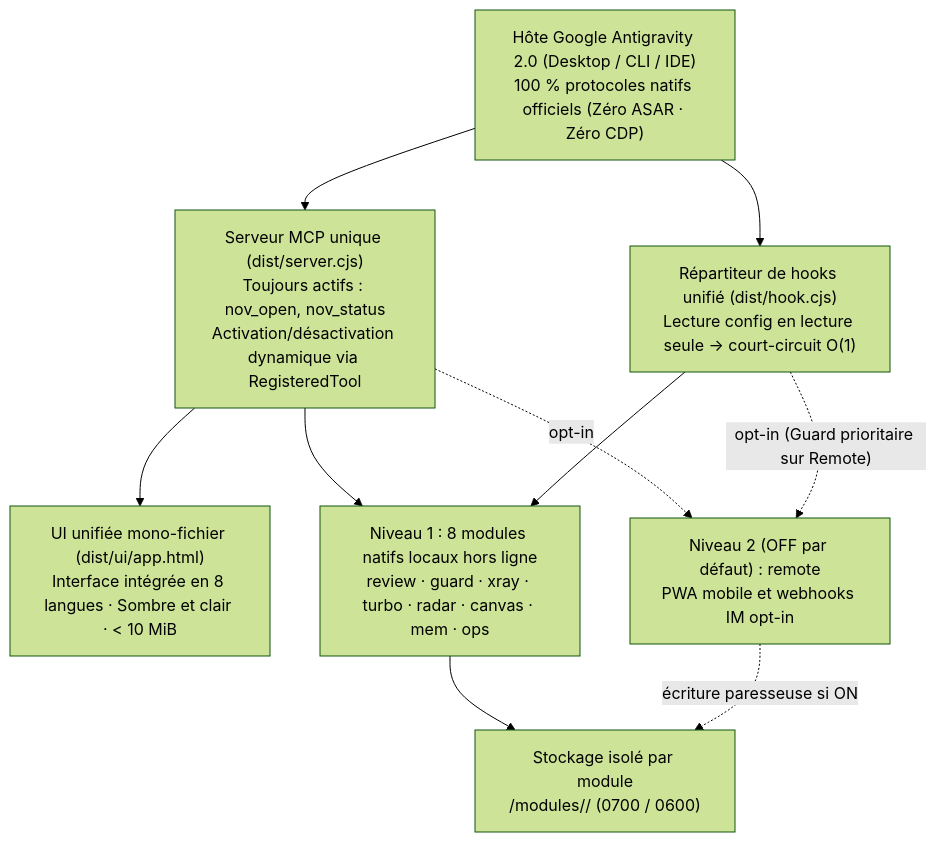
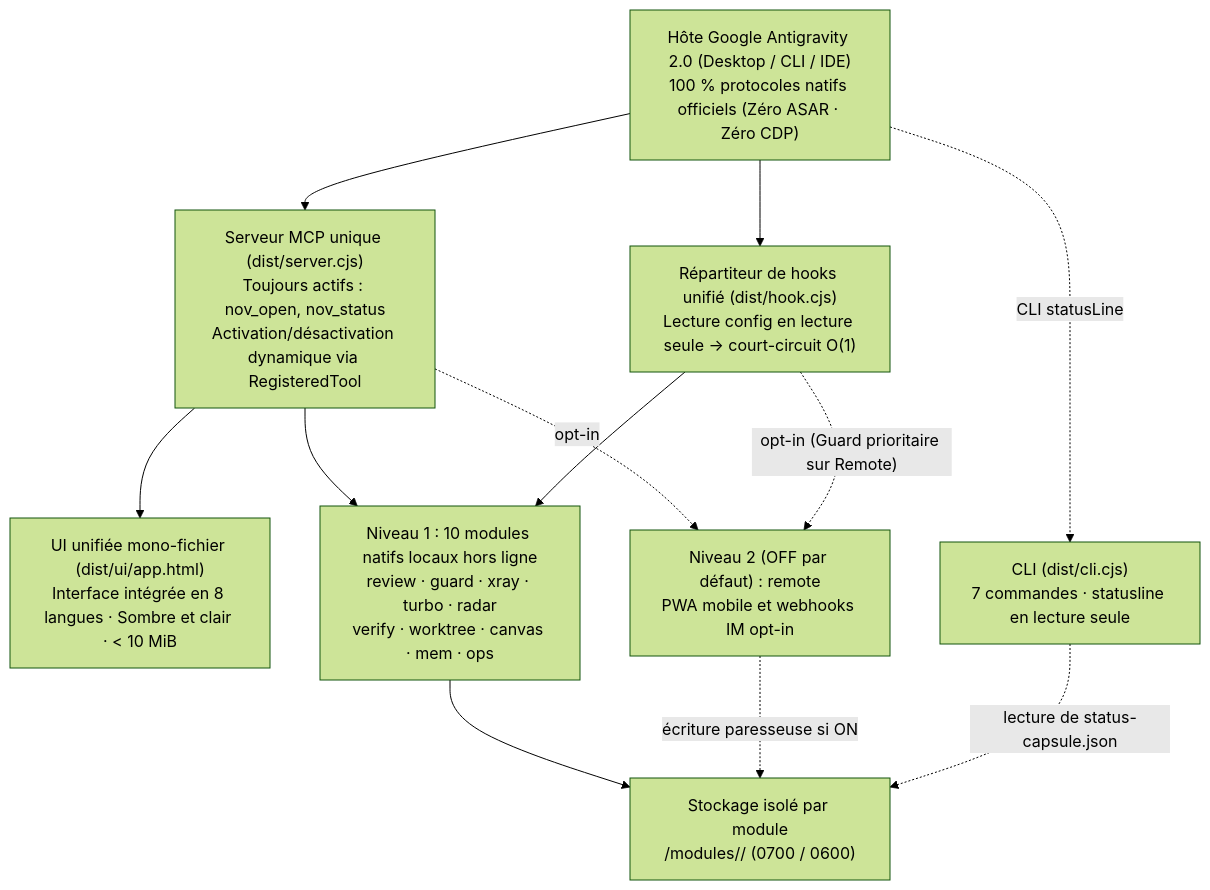
The diagram in docs/i18n/README.fr.md (tone-leh/agy-NOV), drawn with Mermaid (forest theme) before and after one commit. The commit also changed other lines of this file and 60 other files, not shown here.

Commit message:
feat(v0.3.0): Verify Gate Stop-hook, Git Worktree Orchestrator, Swarm Lineage telemetry & CLI statusline

````diff
--- a/docs/i18n/README.fr.md
+++ b/docs/i18n/README.fr.md
@@ -190,20 +194,23 @@
 ```mermaid
 flowchart TB
   Host["Hôte Google Antigravity 2.0 (Desktop / CLI / IDE)\n100 % protocoles natifs officiels (Zéro ASAR · Zéro CDP)"]
   MCP["Serveur MCP unique (dist/server.cjs)\nToujours actifs : nov_open, nov_status\nActivation/désactivation dynamique via RegisteredTool"]
   UI["UI unifiée mono-fichier (dist/ui/app.html)\nInterface intégrée en 8 langues · Sombre et clair · < 10 MiB"]
   Hook["Répartiteur de hooks unifié (dist/hook.cjs)\nLecture config en lecture seule -> court-circuit O(1)"]
+  CLI["CLI (dist/cli.cjs)\n7 commandes · statusline en lecture seule"]
   Store["Stockage isolé par module\n<dataDir>/modules/<id>/ (0700 / 0600)"]
-  T1["Niveau 1 : 8 modules natifs locaux hors ligne\nreview · guard · xray · turbo · radar · canvas · mem · ops"]
+  T1["Niveau 1 : 10 modules natifs locaux hors ligne\nreview · guard · xray · turbo · radar\nverify · worktree · canvas · mem · ops"]
   T2R["Niveau 2 (OFF par défaut) : remote\nPWA mobile et webhooks IM opt-in"]
 
   Host --> MCP
   Host --> Hook
+  Host -. "CLI statusLine" .-> CLI
   MCP --> UI
   MCP --> T1
   MCP -. "opt-in" .-> T2R
   Hook --> T1
   Hook -. "opt-in (Guard prioritaire sur Remote)" .-> T2R
   T1 --> Store
   T2R -. "écriture paresseuse si ON" .-> Store
+  CLI -. "lecture de status-capsule.json" .-> Store
 ```
````
